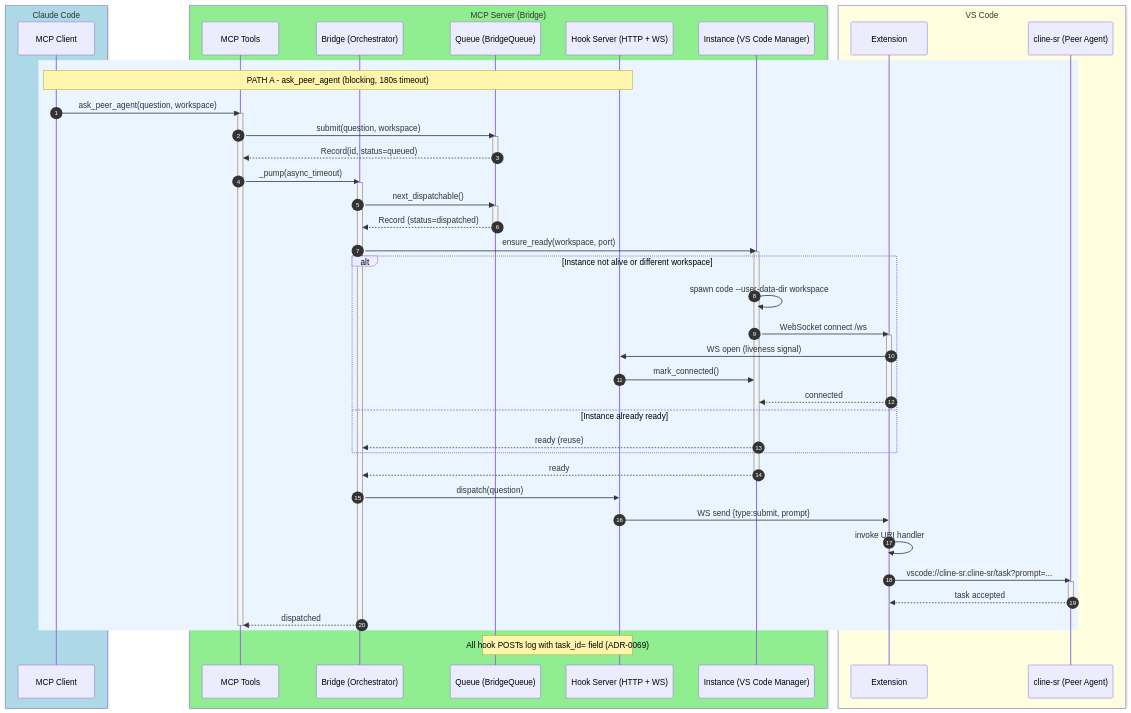
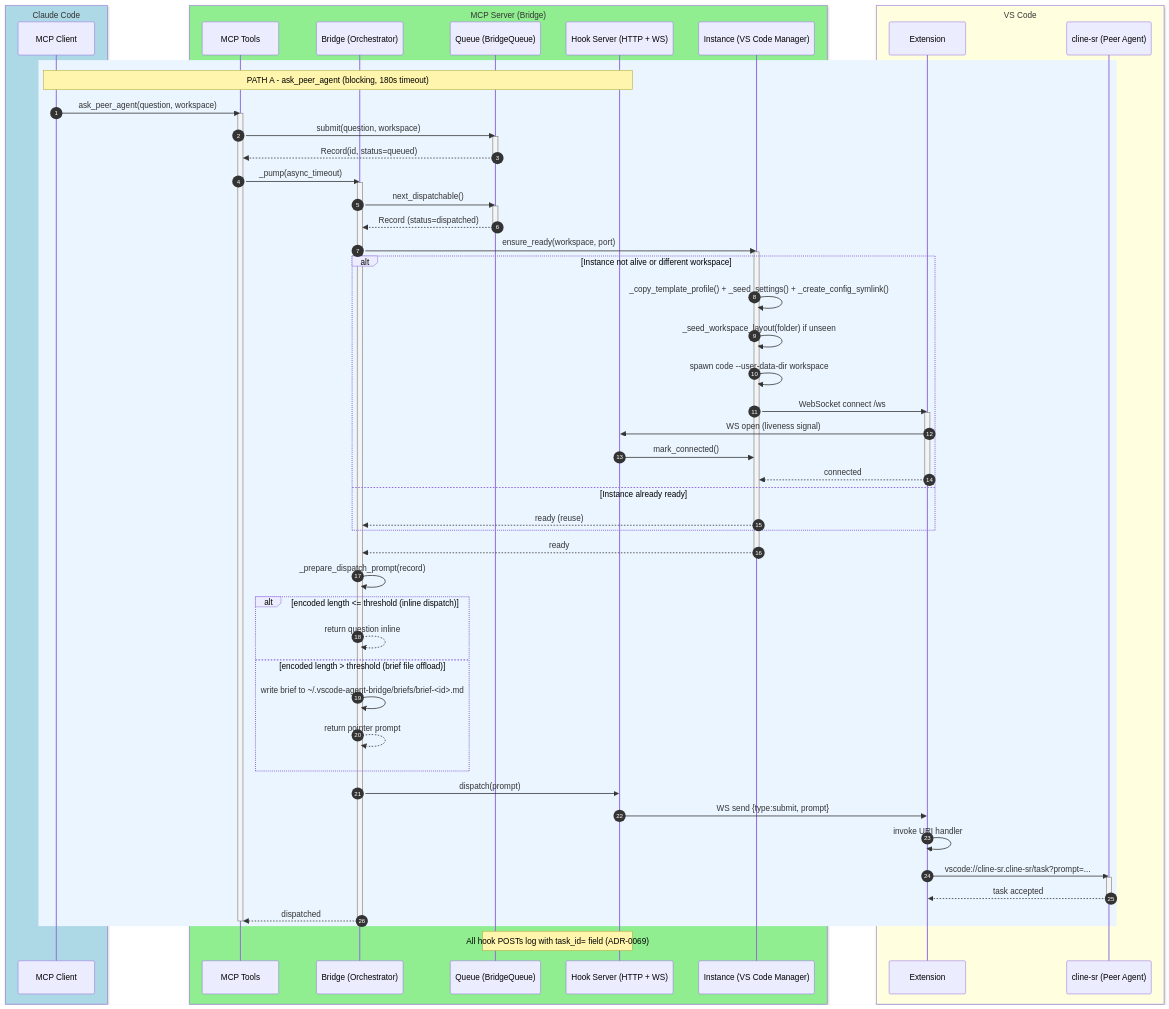
Before and after one commit to nj4x/peer-agent-kit: the second of 6 diagrams in docs/adr/0068-vscode-agent-bridge-orchestration-module.md, drawn with Mermaid. The commit also changed other lines of this file, not shown here.

First line of the commit message:
docs(adr-0068): sync diagrams with ADR-0077/0078 implementation

````diff
--- a/docs/adr/0068-vscode-agent-bridge-orchestration-module.md
+++ b/docs/adr/0068-vscode-agent-bridge-orchestration-module.md
@@ -85,61 +86,70 @@
 ```mermaid
 sequenceDiagram
     autonumber
     box LightBlue Claude Code
         participant Client as MCP Client
     end
     box LightGreen MCP Server (Bridge)
         participant MCP as MCP Tools
         participant Bridge as Bridge (Orchestrator)
         participant Queue as Queue (BridgeQueue)
         participant HookServer as Hook Server (HTTP + WS)
         participant Instance as Instance (VS Code Manager)
     end
     box LightYellow VS Code
         participant Extension as Extension
         participant Cline as cline-sr (Peer Agent)
     end
 
     rect rgb(235,245,255)
     Note over Client,HookServer: PATH A - ask_peer_agent (blocking, 180s timeout)
     Client->>MCP: ask_peer_agent(question, workspace)
     activate MCP
     MCP->>Queue: submit(question, workspace)
     activate Queue
     Queue-->>MCP: Record(id, status=queued)
     deactivate Queue
     MCP->>Bridge: _pump(async_timeout)
     activate Bridge
     Bridge->>Queue: next_dispatchable()
     activate Queue
     Queue-->>Bridge: Record (status=dispatched)
     deactivate Queue
     Bridge->>Instance: ensure_ready(workspace, port)
     activate Instance
     alt Instance not alive or different workspace
+        Instance->>Instance: _copy_template_profile() + _seed_settings() + _create_config_symlink()
+        Instance->>Instance: _seed_workspace_layout(folder) if unseen
         Instance->>Instance: spawn code --user-data-dir workspace
         Instance->>Extension: WebSocket connect /ws
         activate Extension
         Extension->>HookServer: WS open (liveness signal)
         HookServer->>Instance: mark_connected()
         Extension-->>Instance: connected
         deactivate Extension
     else Instance already ready
         Instance-->>Bridge: ready (reuse)
     end
     Instance-->>Bridge: ready
     deactivate Instance
-    Bridge->>HookServer: dispatch(question)
+    Bridge->>Bridge: _prepare_dispatch_prompt(record)
+    alt encoded length <= threshold (inline dispatch)
+        Bridge-->>Bridge: return question inline
+    else encoded length > threshold (brief file offload)
+        Bridge->>Bridge: write brief to ~/.vscode-agent-bridge/briefs/brief-<id>.md
+        Bridge-->>Bridge: return pointer prompt
+    end
+    Bridge->>HookServer: dispatch(prompt)
     HookServer->>Extension: WS send {type:submit, prompt}
     Extension->>Extension: invoke URI handler
     Extension->>Cline: vscode://cline-sr.cline-sr/task?prompt=...
     activate Cline
     Cline-->>Extension: task accepted
     deactivate Cline
     Bridge-->>MCP: dispatched
     deactivate Bridge
     deactivate MCP
     end
 
     Note over HookServer,Queue: All hook POSTs log with task_id= field (ADR-0069)
 ```
````
